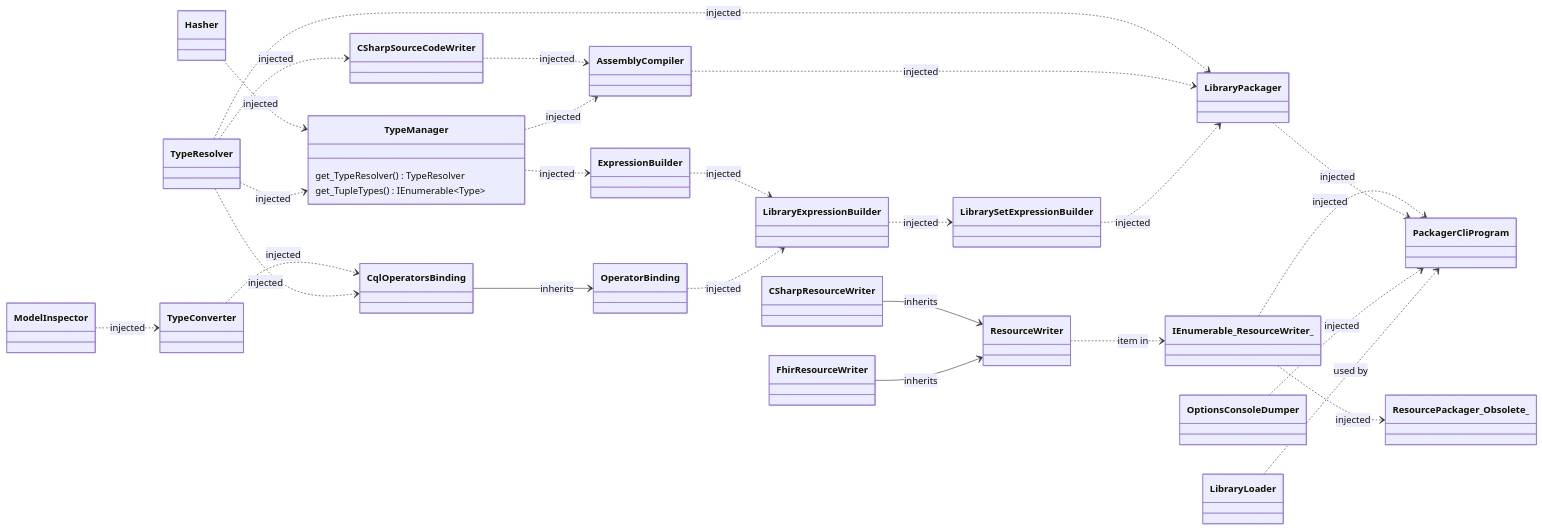
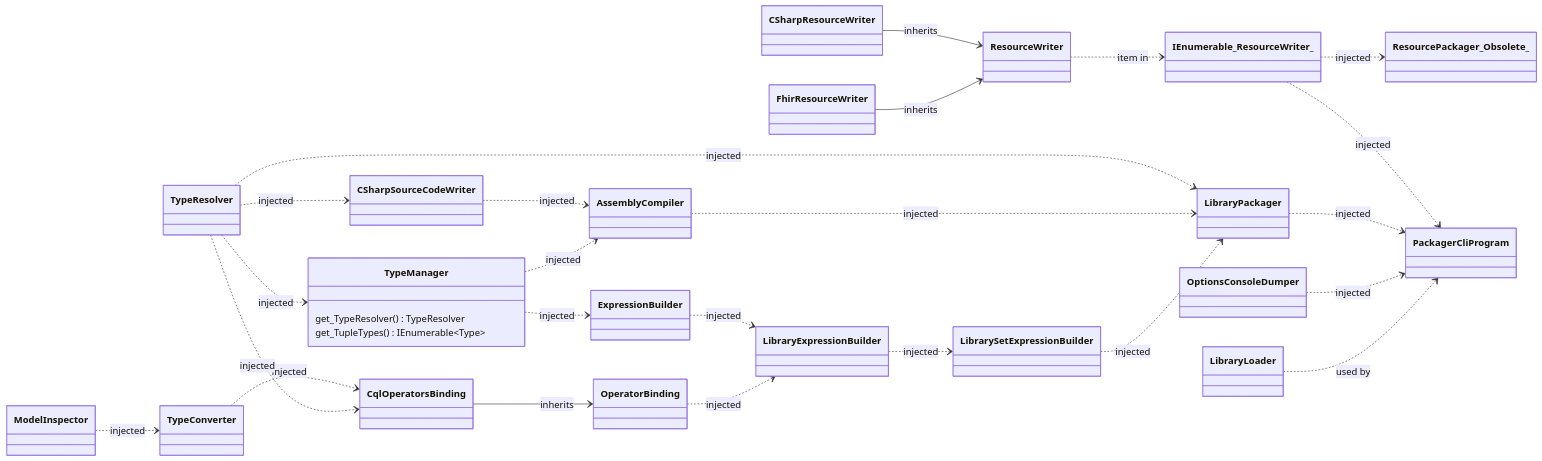
Before and after one commit to FirelyTeam/firely-cql-sdk: the diagram in docs/packager-cli-dependency-graph.md, drawn with Mermaid. The commit also changed 3 other files, not shown here.

Commit message:
PR - Keep Hasher back as a dependency created privately by TypeManager

````diff
--- a/docs/packager-cli-dependency-graph.md
+++ b/docs/packager-cli-dependency-graph.md
@@ -5,53 +5,52 @@
 ```mermaid
 classDiagram
     direction LR
 
     class TypeManager {
         get_TypeResolver() TypeResolver
         get_TupleTypes() IEnumerable~Type~
     }
 
     %% HACK: Mermaid doesnt support commas withing generic, so use a similar looking character (﹐)
 
     %% Inheritance  
     CqlOperatorsBinding --> OperatorBinding : inherits
     CSharpResourceWriter --> ResourceWriter : inherits
     FhirResourceWriter --> ResourceWriter : inherits
 
     %% Injected Dependencies
     CSharpSourceCodeWriter ..> AssemblyCompiler : injected
     TypeManager ..> AssemblyCompiler : injected
 
     TypeManager ..> ExpressionBuilder : injected
 
     IEnumerable_ResourceWriter_ ..> PackagerCliProgram : injected 
     LibraryPackager ..> PackagerCliProgram : injected 
     OptionsConsoleDumper ..> PackagerCliProgram : injected 
     LibraryLoader ..> PackagerCliProgram : used by 
     
 
     TypeConverter ..> CqlOperatorsBinding : injected         
     TypeResolver ..> CqlOperatorsBinding : injected    
 
     ModelInspector ..> TypeConverter : injected  
 
-    Hasher ..> TypeManager : injected
     TypeResolver ..> TypeManager : injected
 
     TypeResolver ..> LibraryPackager : injected
     AssemblyCompiler ..> LibraryPackager : injected
     LibrarySetExpressionBuilder ..> LibraryPackager : injected
     
     TypeResolver ..> CSharpSourceCodeWriter : injected
 
     ExpressionBuilder ..> LibraryExpressionBuilder : injected
     OperatorBinding ..> LibraryExpressionBuilder : injected
 
     LibraryExpressionBuilder ..> LibrarySetExpressionBuilder : injected
 
     %% Rest
     ResourceWriter ..> IEnumerable_ResourceWriter_ : item in
 
     %% Obsolete
     IEnumerable_ResourceWriter_ ..> ResourcePackager_Obsolete_ : injected 
 ```
````
